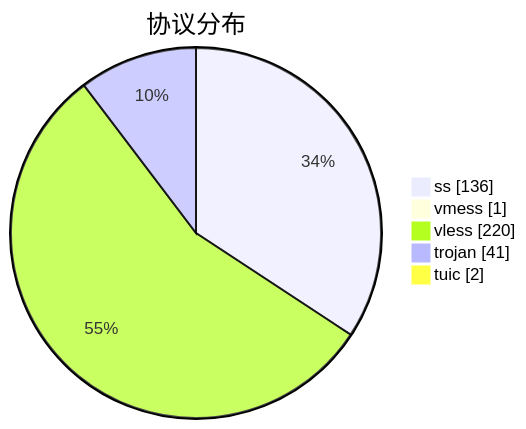
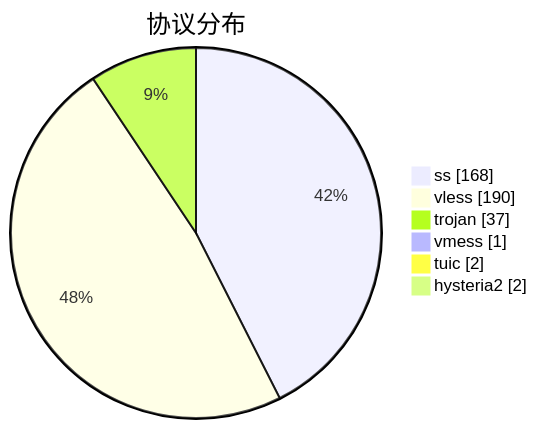
One commit to qjlxg/airport changed the third of 3 diagrams in subs/statistics/tested_within.md. Above: the diagram before and after it, drawn with Mermaid. The commit also changed other lines of this file and 2 other files, not shown here.

````diff
--- a/subs/statistics/tested_within.md
+++ b/subs/statistics/tested_within.md
@@ -37,9 +40,10 @@
 ```mermaid
 pie showData
 title 协议分布
-"ss" : 136
+"ss" : 168
+"vless" : 190
+"trojan" : 37
 "vmess" : 1
-"vless" : 220
-"trojan" : 41
 "tuic" : 2
+"hysteria2" : 2
 ```
````
